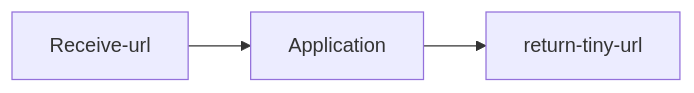
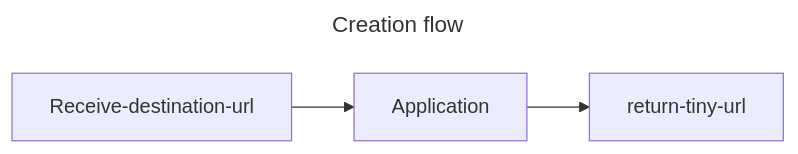
One commit to 100NU-KH/URL-Shortner changed the first of 2 diagrams in README.md. Above: the diagram before and after it, drawn with Mermaid. The commit also changed other lines of this file, not shown here.

````diff
--- a/README.md
+++ b/README.md
@@ -5,5 +5,8 @@
 ```mermaid
+---
+title: Creation flow
+---
 graph LR
-    A[Receive-url] --> B[Application]
+    A[Receive-destination-url] --> B[Application]
     B[Application] --> C[return-tiny-url]
 ```
````
